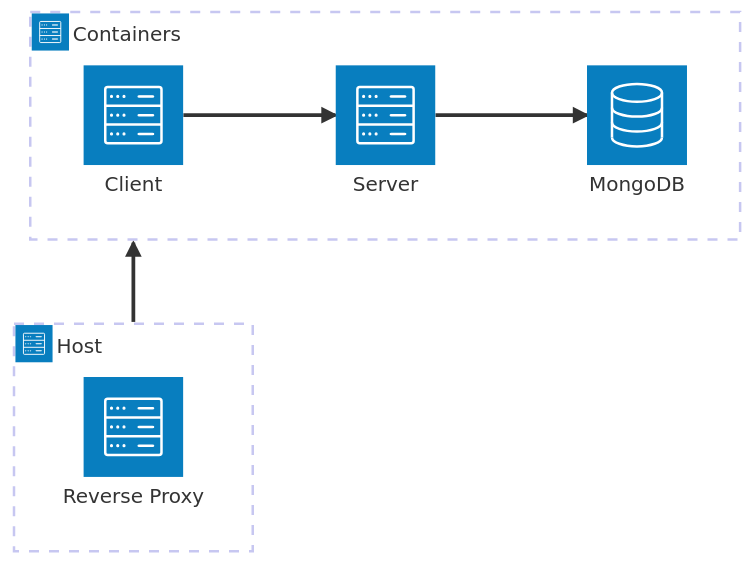
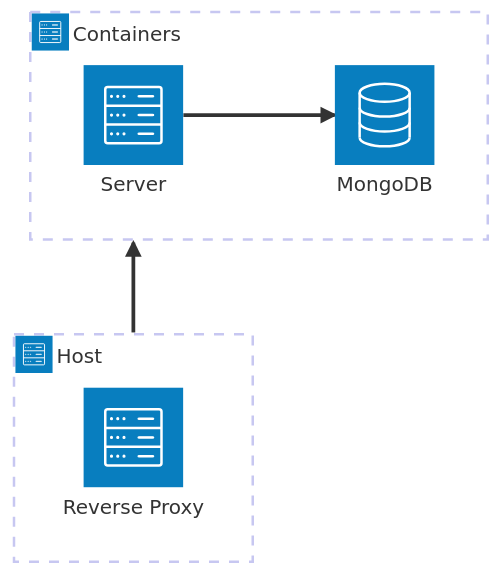
The first of 2 diagrams in README.md (awinterstein/habitica), drawn with Mermaid before and after one commit. The commit also changed other lines of this file and 1 other file, not shown here.

Commit message:
Fixed issues with the Docker compose file regarding MongoDB and unnecessary client container.

````diff
--- a/README.md
+++ b/README.md
@@ -36,16 +36,14 @@
 ```mermaid
 architecture-beta
     group containers(server)[Containers]
 
     service db(database)[MongoDB] in containers
     service server(server)[Server] in containers
-    service client(server)[Client] in containers
 
     db:L <-- R:server
-    client:R--> L:server
 
     group host(server)[Host]
     service proxy(server)[Reverse Proxy] in host
 
-    proxy{group}:T --> B:client{group}
+    proxy{group}:T --> B:server{group}
 ```
````
